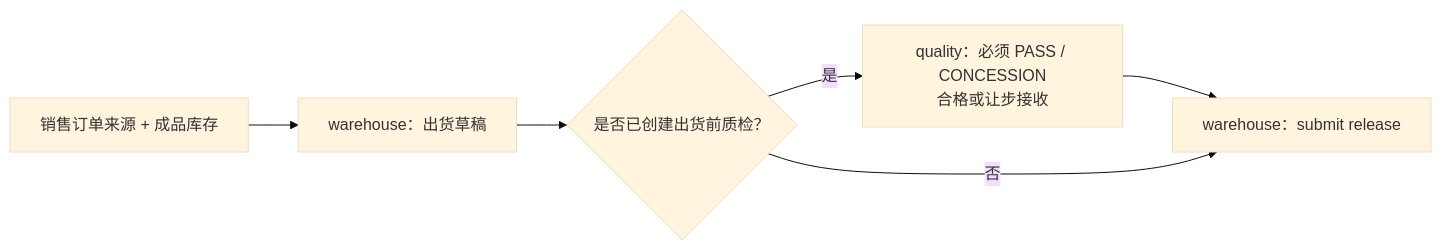
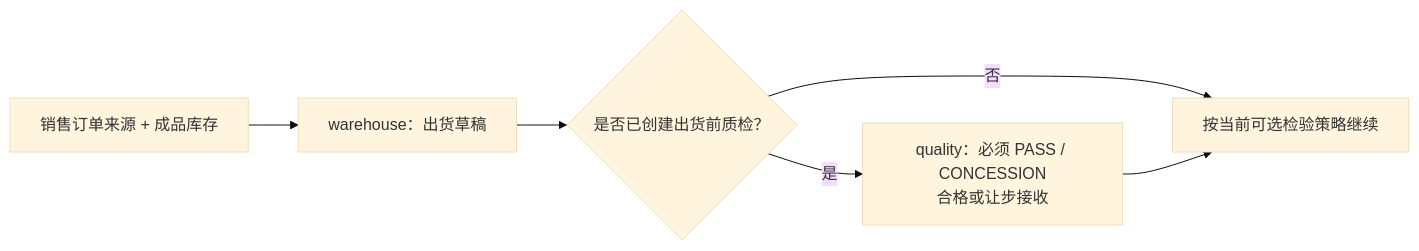
Before and after one commit to saurick/plush-toy-erp: the tenth of 17 diagrams in docs/customers/yoyoosun/角色能力与流程矩阵.md, drawn with Mermaid (base theme). The commit also changed other lines of this file and 107 other files, not shown here.

````diff
--- a/docs/customers/yoyoosun/角色能力与流程矩阵.md
+++ b/docs/customers/yoyoosun/角色能力与流程矩阵.md
@@ -687,6 +682,7 @@
 ```mermaid
 flowchart LR
   source["销售订单来源 + 成品库存"] --> draft["warehouse：出货草稿"] --> preQc{"是否已创建出货前质检？"}
-  preQc -- "是" --> qc["quality：必须 PASS / CONCESSION<br/>合格或让步接收"] --> submit["warehouse：submit release"]
-  preQc -- "否" --> submit
+  preQc -- "是" --> qc["quality：必须 PASS / CONCESSION<br/>合格或让步接收"]
+  preQc -- "否" --> ready["按当前可选检验策略继续"]
+  qc --> ready
 ```
````
